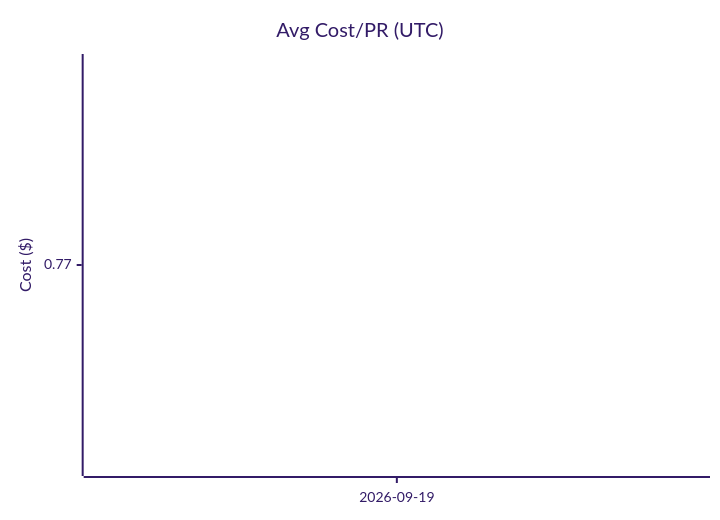
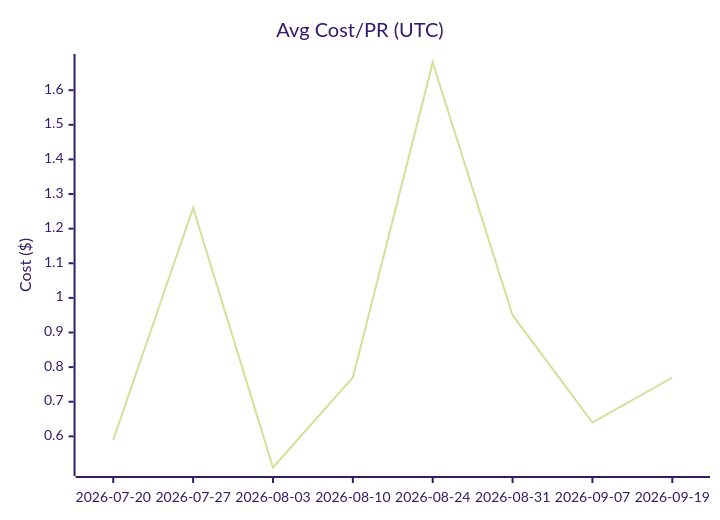
Before and after one commit to Sanctum-Origo-Systems/patina: the second of 3 diagrams in EVAL.md, drawn with Mermaid (forest theme). The commit also changed other lines of this file and 1 other file, not shown here.

````diff
--- a/EVAL.md
+++ b/EVAL.md
@@ -35,7 +42,7 @@
 ```mermaid
 xychart-beta
     title "Avg Cost/PR (UTC)"
-    x-axis ["2026-09-19"]
+    x-axis ["2026-07-20", "2026-07-27", "2026-08-03", "2026-08-10", "2026-08-24", "2026-08-31", "2026-09-07", "2026-09-19"]
     y-axis "Cost ($)"
-    line [0.77]
+    line [0.59, 1.26, 0.51, 0.77, 1.68, 0.95, 0.64, 0.77]
 ```
````
